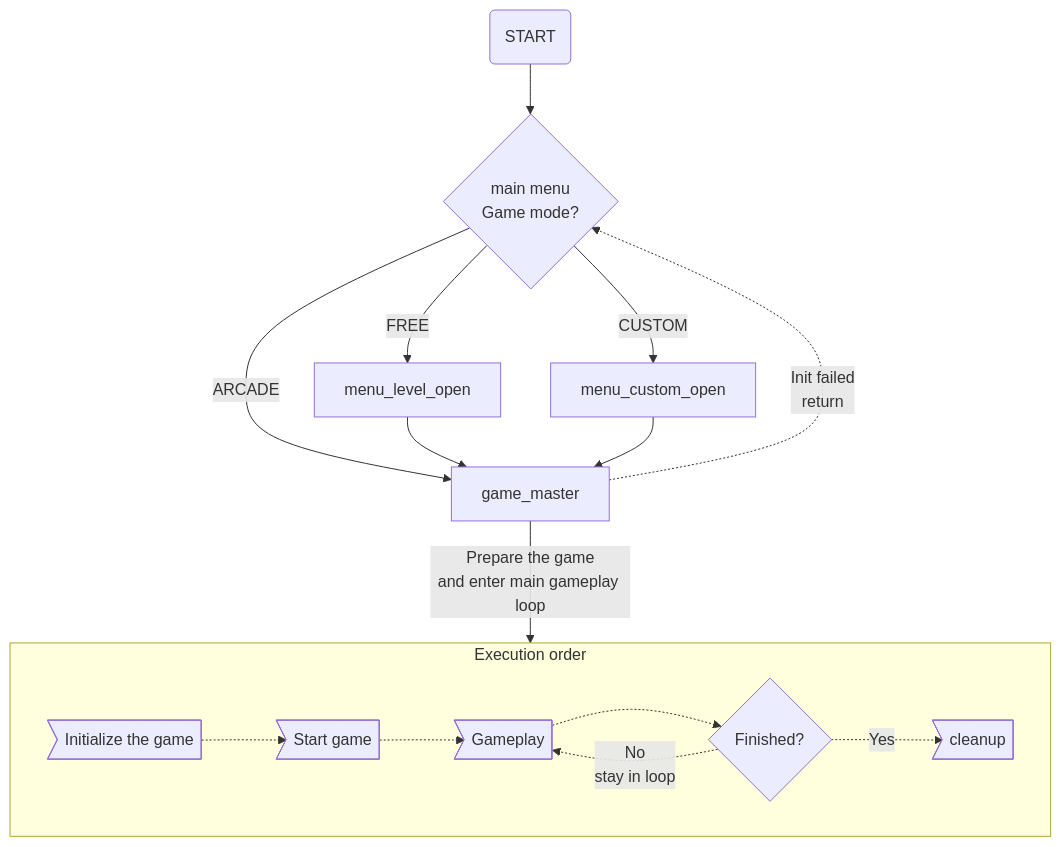
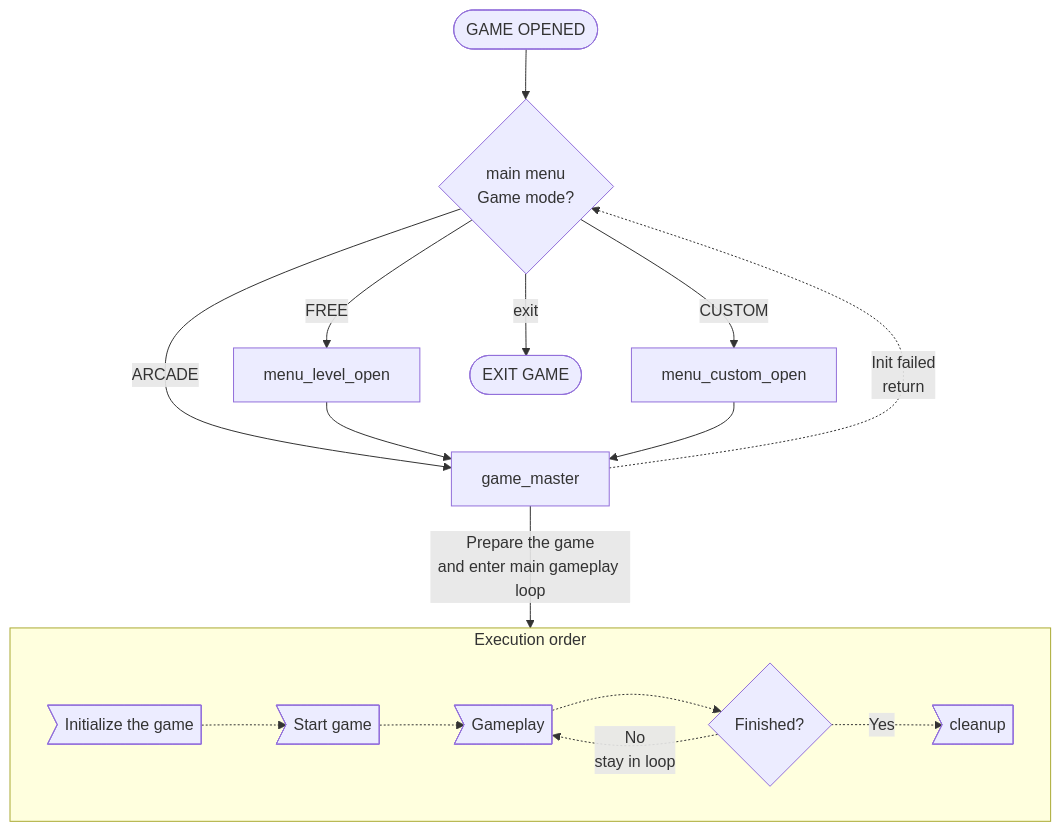
Before and after one commit to zsotroav/Schokoban: the first of 6 diagrams in DEV_DOC.md, drawn with Mermaid. The commit also changed other lines of this file, not shown here.

Commit message:
A fix just for GitHub to stop complaining

````diff
--- a/DEV_DOC.md
+++ b/DEV_DOC.md
@@ -90,20 +90,22 @@
 ```mermaid
 flowchart TD
-   main(START) --> menu{main menu\nGame mode?} 
+   main([GAME OPENED]) --> menu{main menu\nGame mode?} 
    menu --> |ARCADE| game_master
    menu --> |FREE| menu_level_open --> game_master
    menu --> |CUSTOM| menu_custom_open --> game_master 
    game_master -.-> |Init failed\nreturn| menu
+
+   menu --> |exit| exit([EXIT GAME])
     
    game_master --> |Prepare the game\nand enter main gameplay loop| game_loop
 
    subgraph game_loop[Execution order]
       direction LR
       init>Initialize the game] 
       -.-> master_loaded>Start game] 
       -.-> gameplay>Gameplay]
       -.-> finished{Finished?} -.-> |No\nstay in loop| gameplay
       finished -.-> |Yes| cleanup>cleanup]
       cleanup
    end
 ``` 
````
